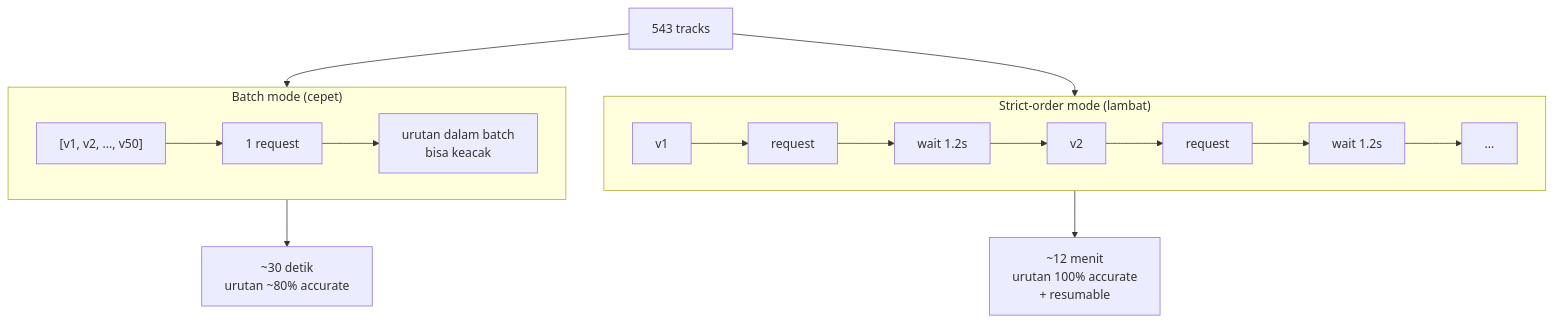
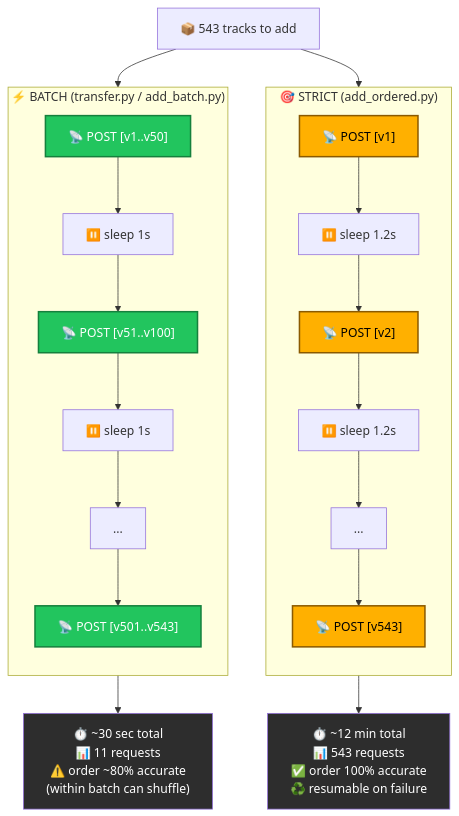
One commit to mohamadarvin25/spotify-to-ytmusic changed the fourth of 6 diagrams in HOW_IT_WORKS.md. Above: the diagram before and after it, drawn with Mermaid. The commit also changed other lines of this file, not shown here.

First line of the commit message:
Upgrade diagrams in HOW_IT_WORKS.md

````diff
--- a/HOW_IT_WORKS.md
+++ b/HOW_IT_WORKS.md
@@ -207,23 +267,36 @@
 ```mermaid
 flowchart TB
-    subgraph Batch["Batch mode (cepet)"]
-        direction LR
-        B1["[v1, v2, ..., v50]"] --> B2[1 request]
-        B2 --> B3["urutan dalam batch<br/>bisa keacak"]
+    classDef fast fill:#22c55e,stroke:#15803d,color:#fff,stroke-width:2px
+    classDef slow fill:#FFB000,stroke:#8B5A00,color:#000,stroke-width:2px
+    classDef result fill:#2d2d2d,color:#fff
+
+    INPUT["📦 543 tracks to add"]
+
+    subgraph BATCH ["⚡ BATCH (transfer.py / add_batch.py)"]
+        direction TB
+        B1["📡 POST [v1..v50]"]:::fast
+        B2["⏸️ sleep 1s"]
+        B3["📡 POST [v51..v100]"]:::fast
+        B4["⏸️ sleep 1s"]
+        B5["..."]
+        B6["📡 POST [v501..v543]"]:::fast
+        B1 --> B2 --> B3 --> B4 --> B5 --> B6
     end
 
-    subgraph Strict["Strict-order mode (lambat)"]
-        direction LR
-        S1[v1] --> S2[request]
-        S2 --> S3[wait 1.2s]
-        S3 --> S4[v2]
-        S4 --> S5[request]
-        S5 --> S6[wait 1.2s]
-        S6 --> S7[...]
+    subgraph ORDERED ["🎯 STRICT (add_ordered.py)"]
+        direction TB
+        O1["📡 POST [v1]"]:::slow
+        O2["⏸️ sleep 1.2s"]
+        O3["📡 POST [v2]"]:::slow
+        O4["⏸️ sleep 1.2s"]
+        O5["..."]
+        O6["📡 POST [v543]"]:::slow
+        O1 --> O2 --> O3 --> O4 --> O5 --> O6
     end
 
-    Compare[543 tracks] --> Batch
-    Compare --> Strict
-    Batch --> R1[~30 detik<br/>urutan ~80% accurate]
-    Strict --> R2[~12 menit<br/>urutan 100% accurate<br/>+ resumable]
+    INPUT --> BATCH
+    INPUT --> ORDERED
+
+    BATCH --> RB["⏱️ ~30 sec total<br/>📊 11 requests<br/>⚠️ order ~80% accurate<br/>(within batch can shuffle)"]:::result
+    ORDERED --> RO["⏱️ ~12 min total<br/>📊 543 requests<br/>✅ order 100% accurate<br/>♻️ resumable on failure"]:::result
 ```
````
